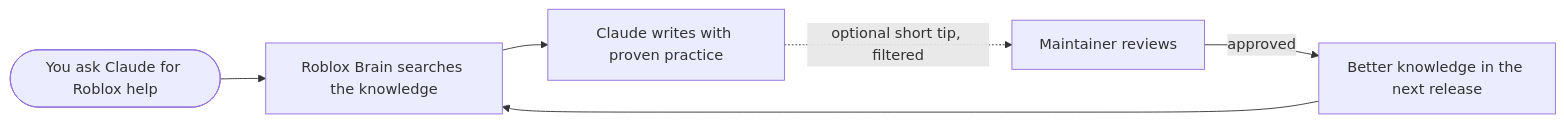
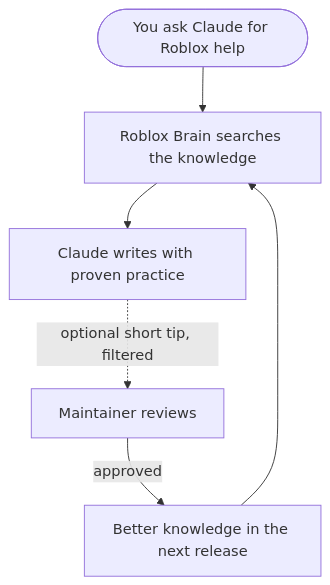
Before and after one commit to AkitoDevs/roblox-brain: the diagram in README.md, drawn with Mermaid.

Commit message:
README: make the how-it-works diagram vertical

````diff
--- a/README.md
+++ b/README.md
@@ -80,8 +80,8 @@
 ```mermaid
-flowchart LR
+flowchart TD
     A([You ask Claude for Roblox help]) --> B[Roblox Brain searches the knowledge]
     B --> C[Claude writes with proven practice]
     C -. optional short tip, filtered .-> D[Maintainer reviews]
     D -- approved --> E[Better knowledge in the next release]
     E --> B
 ```
````
